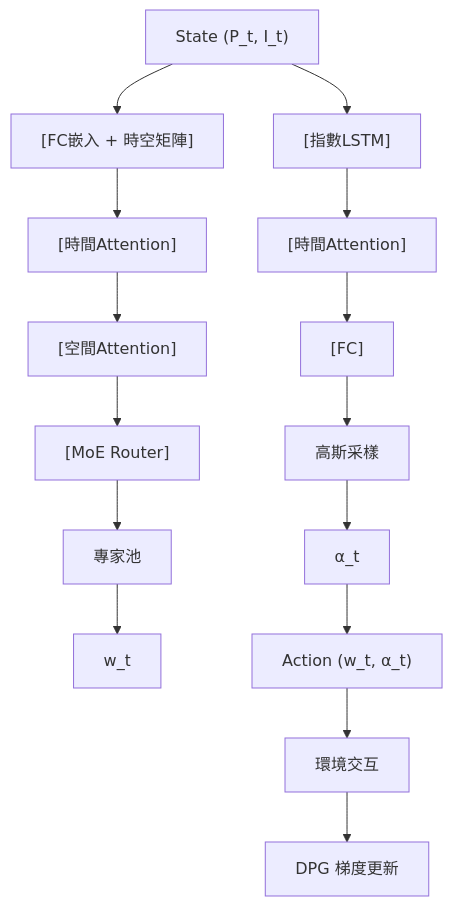
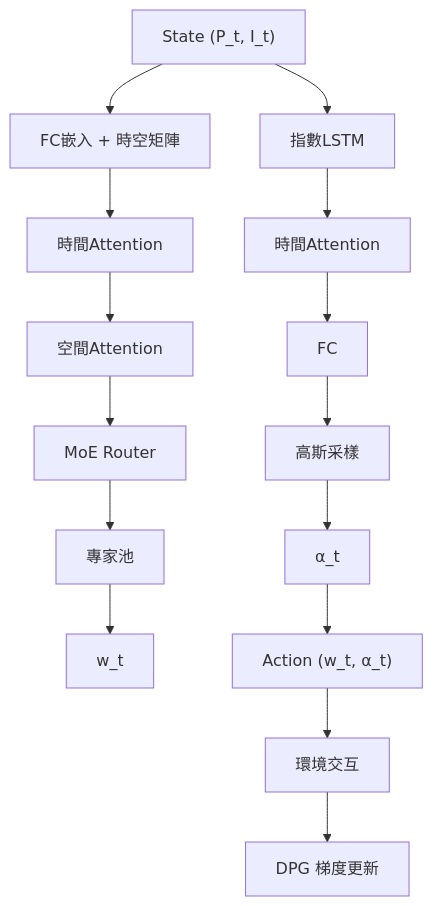
The diagram in foundations/portfolio-optimization/moedrlpm.md (sou350121/Trading-Handbook), drawn with Mermaid before and after one commit. The commit also changed 191 other files, not shown here.

First line of the commit message:
render: fix math + mermaid for GitHub across the corpus (188 pages)

````diff
--- a/foundations/portfolio-optimization/moedrlpm.md
+++ b/foundations/portfolio-optimization/moedrlpm.md
@@ -32,17 +32,17 @@
 ```mermaid
 flowchart TD
-    A["State (P_t, I_t)"] --> B["[FC嵌入 + 時空矩陣]"]
-    B --> C["[時間Attention]"]
-    C --> D["[空間Attention]"]
-    D --> E["[MoE Router]"]
+    A["State (P_t, I_t)"] --> B["FC嵌入 + 時空矩陣"]
+    B --> C["時間Attention"]
+    C --> D["空間Attention"]
+    D --> E["MoE Router"]
     E --> F["專家池"]
     F --> G["w_t"]
-    A --> H["[指數LSTM]"]
-    H --> I["[時間Attention]"]
-    I --> J["[FC]"]
+    A --> H["指數LSTM"]
+    H --> I["時間Attention"]
+    I --> J["FC"]
     J --> K["高斯采樣"]
     K --> L["α_t"]
     L --> M["Action (w_t, α_t)"]
     M --> N["環境交互"]
     N --> O["DPG 梯度更新"]
 ```
````
